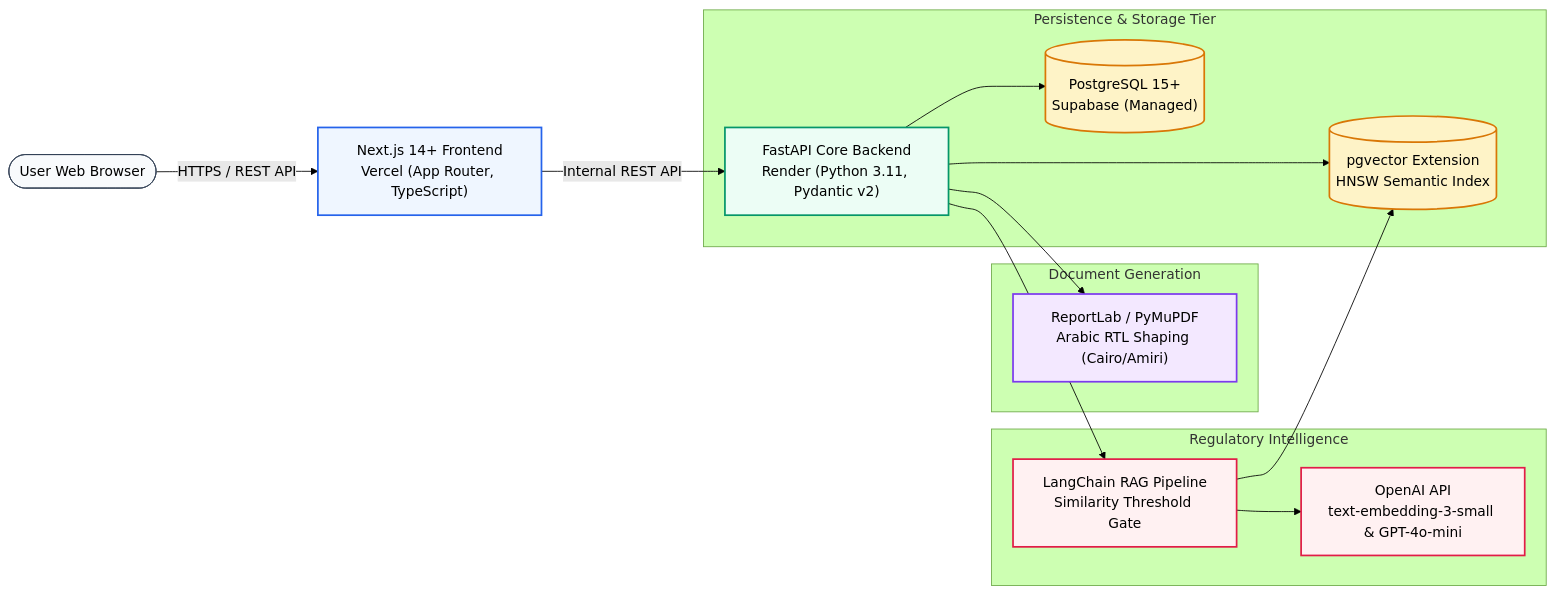
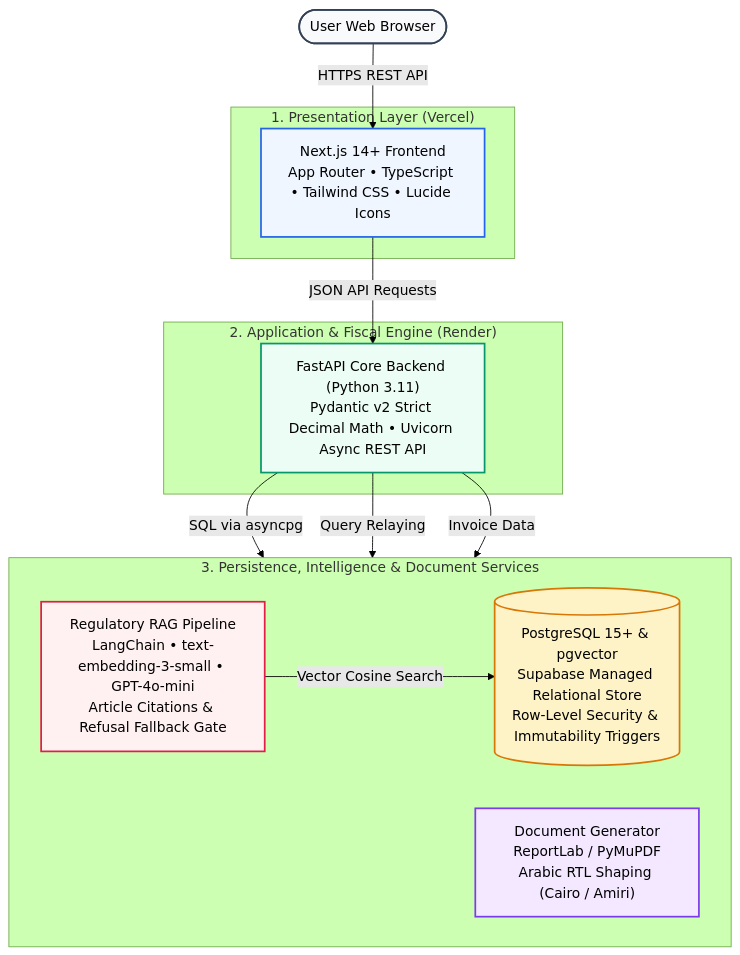
One commit to AYA-BACHA/MoukawilOS changed the first of 7 diagrams in README.md. Above: the diagram before and after it, drawn with Mermaid (forest theme). The commit also changed other lines of this file, not shown here.

Commit message:
docs: replace ASCII diagrams with high-fidelity Mermaid charts and optimize diagram font legibility

````diff
--- a/README.md
+++ b/README.md
@@ -141,27 +141,33 @@
 ```mermaid
-flowchart LR
-    ClientBrowser(["User Web Browser"]):::client -->|HTTPS / REST API| Frontend["Next.js 14+ Frontend<br/>Vercel (App Router, TypeScript)"]:::frontend
-    Frontend -->|Internal REST API| CoreAPI["FastAPI Core Backend<br/>Render (Python 3.11, Pydantic v2)"]:::backend
+flowchart TD
+    Client(["User Web Browser"]):::client
 
-    subgraph DataPersistence ["Persistence & Storage Tier"]
-        CoreAPI --> RelationalDB[("PostgreSQL 15+<br/>Supabase (Managed)")]:::database
-        CoreAPI --> VectorStore[("pgvector Extension<br/>HNSW Semantic Index")]:::database
+    subgraph FE ["1. Presentation Layer (Vercel)"]
+        NextApp["Next.js 14+ Frontend<br/>App Router • TypeScript • Tailwind CSS • Lucide Icons"]:::frontend
     end
 
-    subgraph DocumentEngine ["Document Generation"]
-        CoreAPI --> PDFGen["ReportLab / PyMuPDF<br/>Arabic RTL Shaping (Cairo/Amiri)"]:::engine
+    subgraph BE ["2. Application & Fiscal Engine (Render)"]
+        FastAPI["FastAPI Core Backend (Python 3.11)<br/>Pydantic v2 Strict Decimal Math • Uvicorn Async REST API"]:::backend
     end
 
-    subgraph IntelligenceService ["Regulatory Intelligence"]
-        CoreAPI --> RAGService["LangChain RAG Pipeline<br/>Similarity Threshold Gate"]:::ai
-        RAGService --> VectorStore
-        RAGService --> LLMAPI["OpenAI API<br/>text-embedding-3-small & GPT-4o-mini"]:::ai
+    subgraph SVCS ["3. Persistence, Intelligence & Document Services"]
+        direction LR
+        DB[("PostgreSQL 15+ & pgvector<br/>Supabase Managed Relational Store<br/>Row-Level Security & Immutability Triggers")]:::database
+        RAG["Regulatory RAG Pipeline<br/>LangChain • text-embedding-3-small • GPT-4o-mini<br/>Article Citations & Refusal Fallback Gate"]:::ai
+        PDF["Document Generator<br/>ReportLab / PyMuPDF<br/>Arabic RTL Shaping (Cairo / Amiri)"]:::engine
     end
 
-    classDef client fill:#f8fafc,stroke:#334155,stroke-width:1px;
+    Client -->|HTTPS REST API| NextApp
+    NextApp -->|JSON API Requests| FastAPI
+    FastAPI -->|SQL via asyncpg| DB
+    FastAPI -->|Query Relaying| RAG
+    FastAPI -->|Invoice Data| PDF
+    RAG -->|Vector Cosine Search| DB
+
+    classDef client fill:#f8fafc,stroke:#334155,stroke-width:2px;
     classDef frontend fill:#eff6ff,stroke:#2563eb,stroke-width:2px;
     classDef backend fill:#ecfdf5,stroke:#059669,stroke-width:2px;
     classDef database fill:#fef3c7,stroke:#d97706,stroke-width:2px;
     classDef engine fill:#f3e8ff,stroke:#7c3aed,stroke-width:2px;
     classDef ai fill:#fff1f2,stroke:#e11d48,stroke-width:2px;
 ```
````
